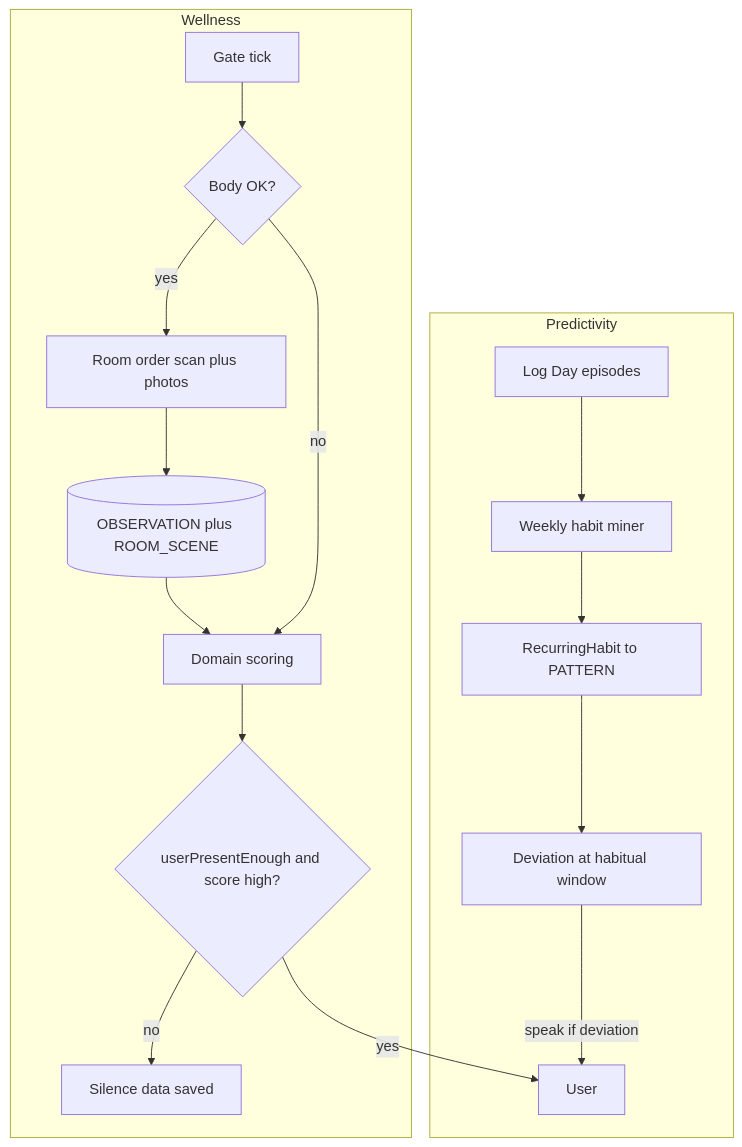
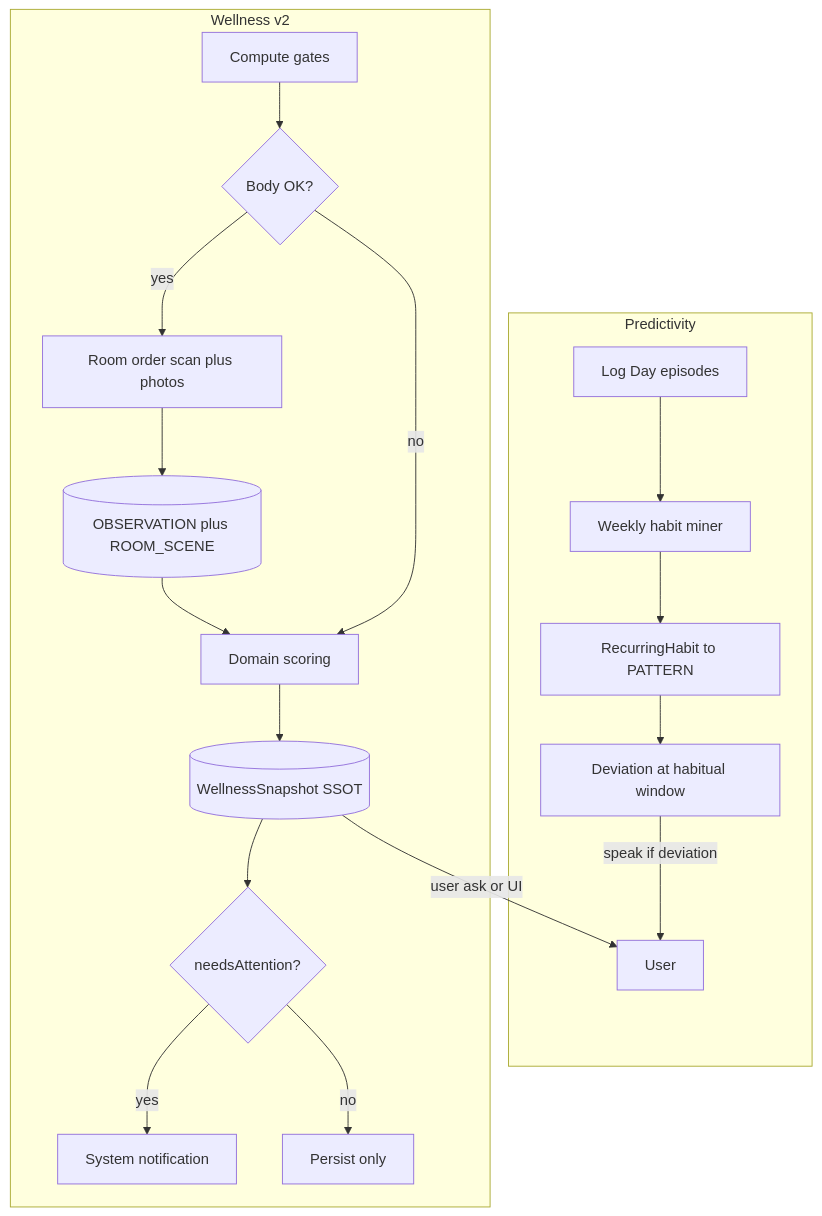
The first of 2 diagrams in docs/PROACTIVE_ARCHITECTURE.md (fra00/RobotDeskMobile), drawn with Mermaid before and after one commit. The commit also changed other lines of this file and 35 other files, not shown here.

````diff
--- a/docs/PROACTIVE_ARCHITECTURE.md
+++ b/docs/PROACTIVE_ARCHITECTURE.md
@@ -20,26 +22,29 @@
 ```mermaid
 flowchart TB
     subgraph predict [Predictivity]
         LogDay[Log Day episodes]
         Miner[Weekly habit miner]
         Patterns[RecurringHabit to PATTERN]
         Deviation[Deviation at habitual window]
         LogDay --> Miner --> Patterns --> Deviation
         Deviation -->|speak if deviation| User[User]
     end
 
-    subgraph wellness [Wellness]
-        Gates[Gate tick]
+    subgraph wellness [Wellness v2]
+        Gates[Compute gates]
         BodyPhase{Body OK?}
         Visual[Room order scan plus photos]
-        Store[(OBSERVATION plus ROOM_SCENE)]
+        Obs[(OBSERVATION plus ROOM_SCENE)]
         Score[Domain scoring]
-        Speak{userPresentEnough and score high?}
+        Snap[(WellnessSnapshot SSOT)]
+        Notify{needsAttention?}
         Gates --> BodyPhase
-        BodyPhase -->|yes| Visual --> Store --> Score
+        BodyPhase -->|yes| Visual --> Obs --> Score
         BodyPhase -->|no| Score
-        Score --> Speak
-        Speak -->|yes| User
-        Speak -->|no| Silent[Silence data saved]
+        Score --> Snap
+        Snap --> Notify
+        Notify -->|yes| Notif[System notification]
+        Notify -->|no| Saved[Persist only]
+        Snap -->|user ask or UI| User
     end
 ```
````
